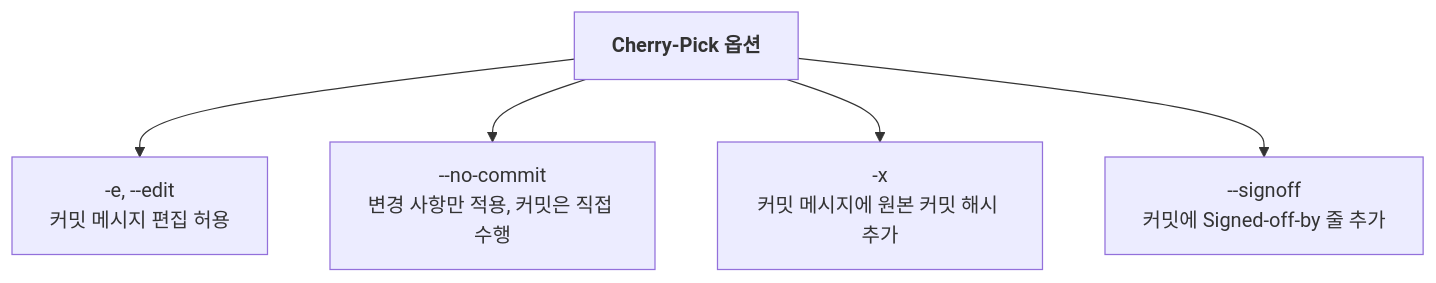
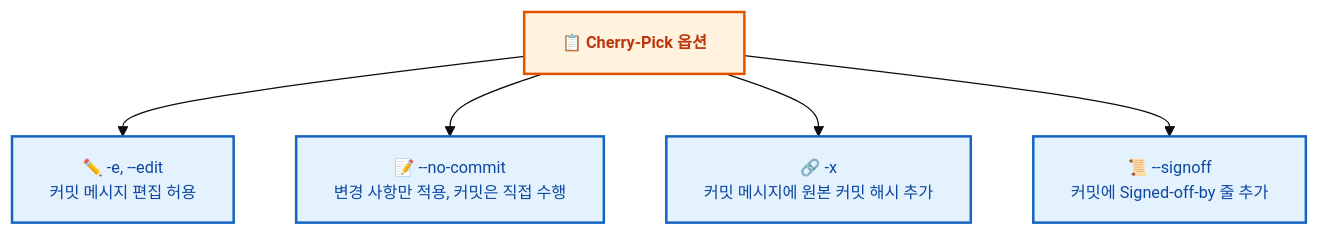
One commit to jingu279/Document changed the third of 3 diagrams in git/05_브랜치와_병합/05_Cherry_Pick.md. Above: the diagram before and after it, drawn with Mermaid. The commit also changed other lines of this file and 24 other files, not shown here.

First line of the commit message:
Git 문서 전체 Mermaid 다이어그램 스타일링 통일

````diff
--- a/git/05_브랜치와_병합/05_Cherry_Pick.md
+++ b/git/05_브랜치와_병합/05_Cherry_Pick.md
@@ -151,8 +161,17 @@
 ```mermaid
+%%{init: {'theme': 'base', 'themeVariables': {'fontSize': '13px'}}}%%
 flowchart TB
-  Options["<b>Cherry-Pick 옵션</b>"]
-  Options --> O1["-e, --edit<br/>커밋 메시지 편집 허용"]
-  Options --> O2["--no-commit<br/>변경 사항만 적용, 커밋은 직접 수행"]
-  Options --> O3["-x<br/>커밋 메시지에 원본 커밋 해시 추가"]
-  Options --> O4["--signoff<br/>커밋에 Signed-off-by 줄 추가"]
+  Options["📋 <b>Cherry-Pick 옵션</b>"]
+  Options --> O1["✏️ -e, --edit<br/>커밋 메시지 편집 허용"]
+  Options --> O2["📝 --no-commit<br/>변경 사항만 적용, 커밋은 직접 수행"]
+  Options --> O3["🔗 -x<br/>커밋 메시지에 원본 커밋 해시 추가"]
+  Options --> O4["📜 --signoff<br/>커밋에 Signed-off-by 줄 추가"]
+
+  classDef main fill:#fff3e0,stroke:#e65100,stroke-width:2px,color:#bf360c
+  classDef sub fill:#e8f5e9,stroke:#2e7d32,stroke-width:2px,color:#1b5e20
+  classDef proc fill:#e3f2fd,stroke:#1565c0,stroke-width:2px,color:#0d47a1
+  classDef decision fill:#fff9c4,stroke:#f9a825,stroke-width:2px,color:#e65100
+  classDef highlight fill:#f3e5f5,stroke:#6a1b9a,stroke-width:2px,color:#4a148c
+  class Options main
+  class O1,O2,O3,O4 proc
 ```
````
